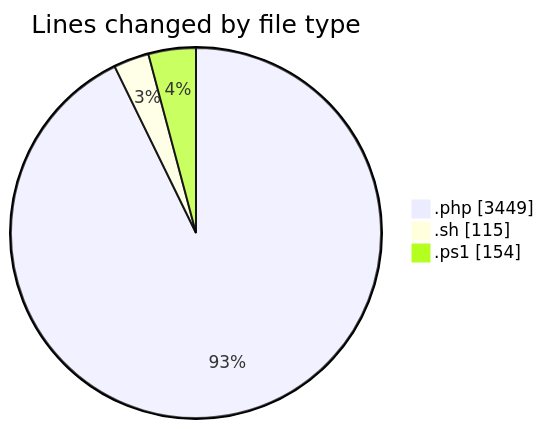
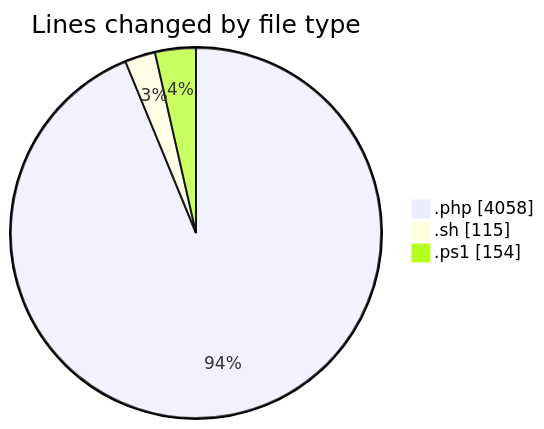
Before and after one commit to debugP/code-tracking: the first of 2 diagrams in 2025-10-06/untitled__workspace_/README.md, drawn with Mermaid. The commit also changed other lines of this file and 1 other file, not shown here.

````diff
--- a/2025-10-06/untitled__workspace_/README.md
+++ b/2025-10-06/untitled__workspace_/README.md
@@ -27,7 +27,7 @@
 ```mermaid
 pie showData
 title Lines changed by file type
-".php" : 3449
+".php" : 4058
 ".sh" : 115
 ".ps1" : 154
 ```
````
